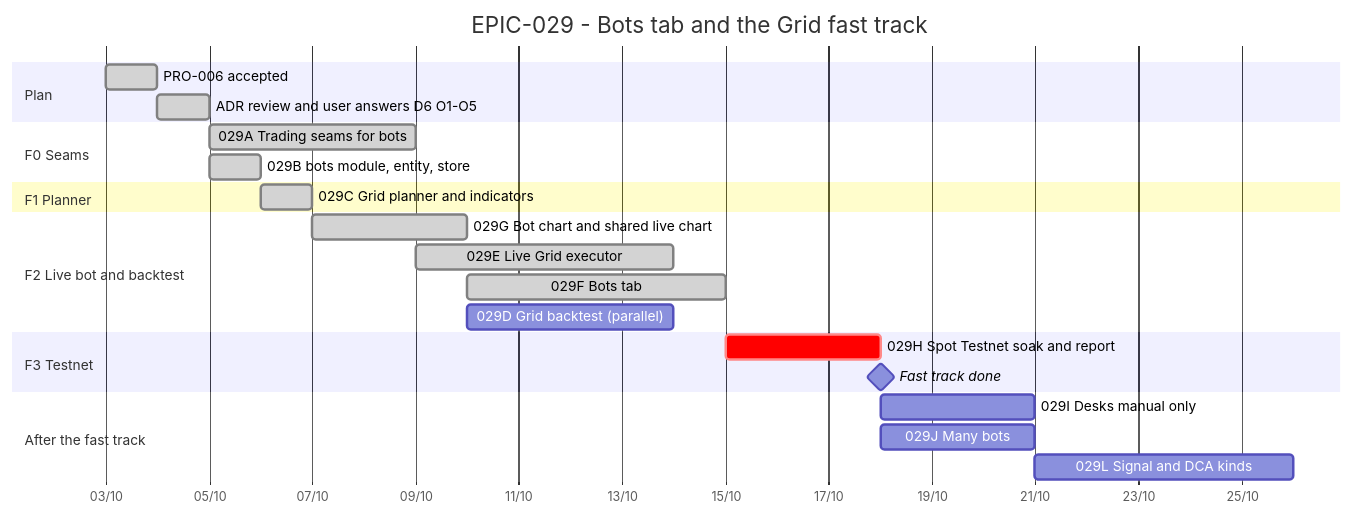
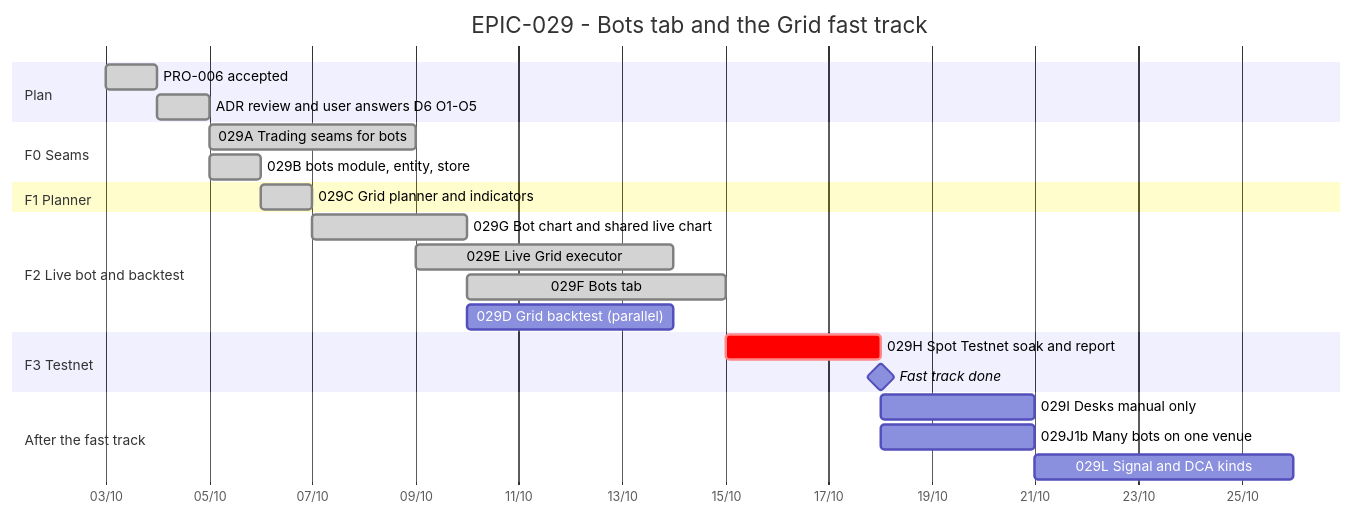
Before and after one commit to anhembedded/Sagittarius_Elite_Warrior: the diagram in Tasks/epics/EPIC-029_bots_tab_grid_fast_track/TRACKING.md, drawn with Mermaid. The commit also changed other lines of this file and 30 other files, not shown here.

````diff
--- a/Tasks/epics/EPIC-029_bots_tab_grid_fast_track/TRACKING.md
+++ b/Tasks/epics/EPIC-029_bots_tab_grid_fast_track/TRACKING.md
@@ -13,33 +13,33 @@
 ```mermaid
 gantt
     title EPIC-029 - Bots tab and the Grid fast track
     dateFormat  YYYY-MM-DD
     axisFormat  %d/%m
     todayMarker stroke-width:2px,stroke:#d33,opacity:0.6
 
     section Plan
     PRO-006 accepted                         :done,    s1, 2026-10-03, 1d
     ADR review and user answers D6 O1-O5     :done,    s2, after s1, 1d
 
     section F0 Seams
     029A Trading seams for bots              :done,    a, after s2, 4d
     029B bots module, entity, store          :done,    b, after s2, 1d
 
     section F1 Planner
     029C Grid planner and indicators         :done,    c, after b, 1d
 
     section F2 Live bot and backtest
     029G Bot chart and shared live chart     :done,    g, after c, 3d
     029E Live Grid executor                  :done,    e, after a c, 5d
     029F Bots tab                            :done,    f, after g, 5d
     029D Grid backtest (parallel)            :         d, after g, 4d
 
     section F3 Testnet
     029H Spot Testnet soak and report        :crit,    h, after e f d, 3d
     Fast track done                          :milestone, m1, after h, 0d
 
     section After the fast track
     029I Desks manual only                   :         i, after m1, 3d
-    029J Many bots                           :         j, after m1, 3d
+    029J1b Many bots on one venue            :         j, after m1, 3d
     029L Signal and DCA kinds                :         l, after i j, 5d
 ```
````
